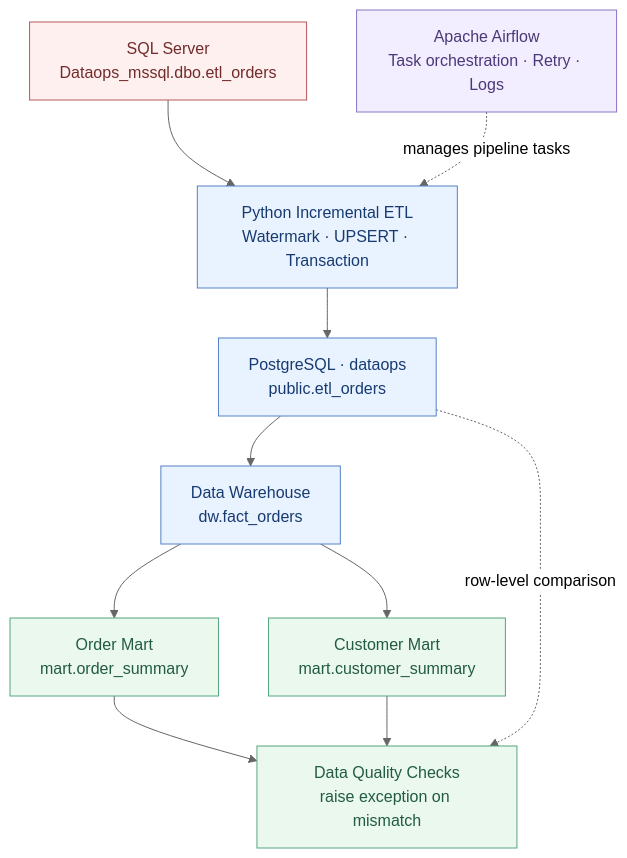
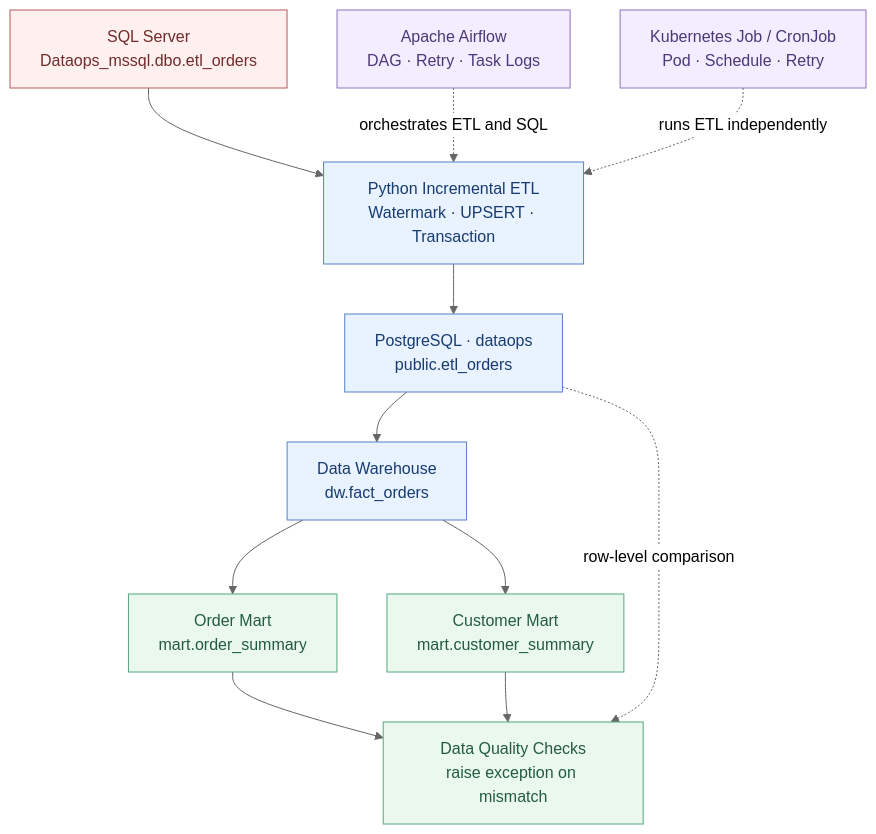
Before and after one commit to hanmj97/DataOpsPipeline: the first of 2 diagrams in README.md, drawn with Mermaid (neutral theme). The commit also changed other lines of this file, not shown here.

Commit message:
docs: document Kubernetes ETL jobs, recovery tests and image troubleshooting

````diff
--- a/README.md
+++ b/README.md
@@ -42,28 +43,30 @@
 ```mermaid
 flowchart TD
     SRC["SQL Server<br/>Dataops_mssql.dbo.etl_orders"]
     ETL["Python Incremental ETL<br/>Watermark · UPSERT · Transaction"]
     STG["PostgreSQL · dataops<br/>public.etl_orders"]
     FACT["Data Warehouse<br/>dw.fact_orders"]
     ORD["Order Mart<br/>mart.order_summary"]
     CUST["Customer Mart<br/>mart.customer_summary"]
     VAL["Data Quality Checks<br/>raise exception on mismatch"]
-    AIR["Apache Airflow<br/>Task orchestration · Retry · Logs"]
+    AIR["Apache Airflow<br/>DAG · Retry · Task Logs"]
+    K8S["Kubernetes Job / CronJob<br/>Pod · Schedule · Retry"]
 
     SRC --> ETL --> STG --> FACT
     FACT --> ORD
     FACT --> CUST
     ORD --> VAL
     CUST --> VAL
     STG -. "row-level comparison" .-> VAL
-    AIR -. "manages pipeline tasks" .-> ETL
+    AIR -. "orchestrates ETL and SQL" .-> ETL
+    K8S -. "runs ETL independently" .-> ETL
 
     classDef source fill:#FFF0F0,stroke:#B65A5A,color:#722B2B
     classDef pipe fill:#E9F2FF,stroke:#5682C7,color:#173B71
     classDef analytic fill:#EAF8EE,stroke:#55A77F,color:#225B41
     classDef scheduler fill:#F2EEFF,stroke:#8D74C5,color:#4C3878
     class SRC source
     class ETL,STG,FACT pipe
     class ORD,CUST,VAL analytic
-    class AIR scheduler
+    class AIR,K8S scheduler
 ```
````
